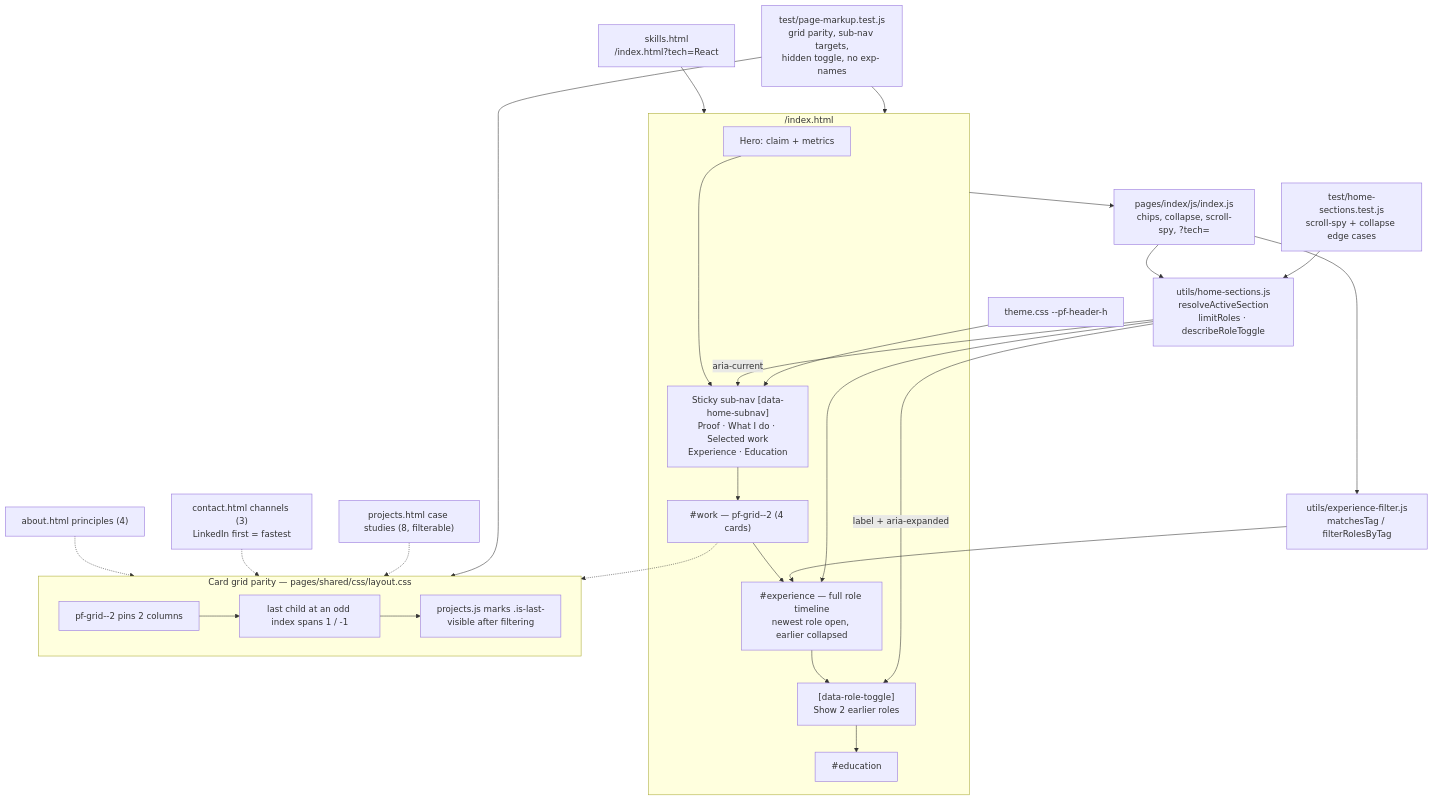
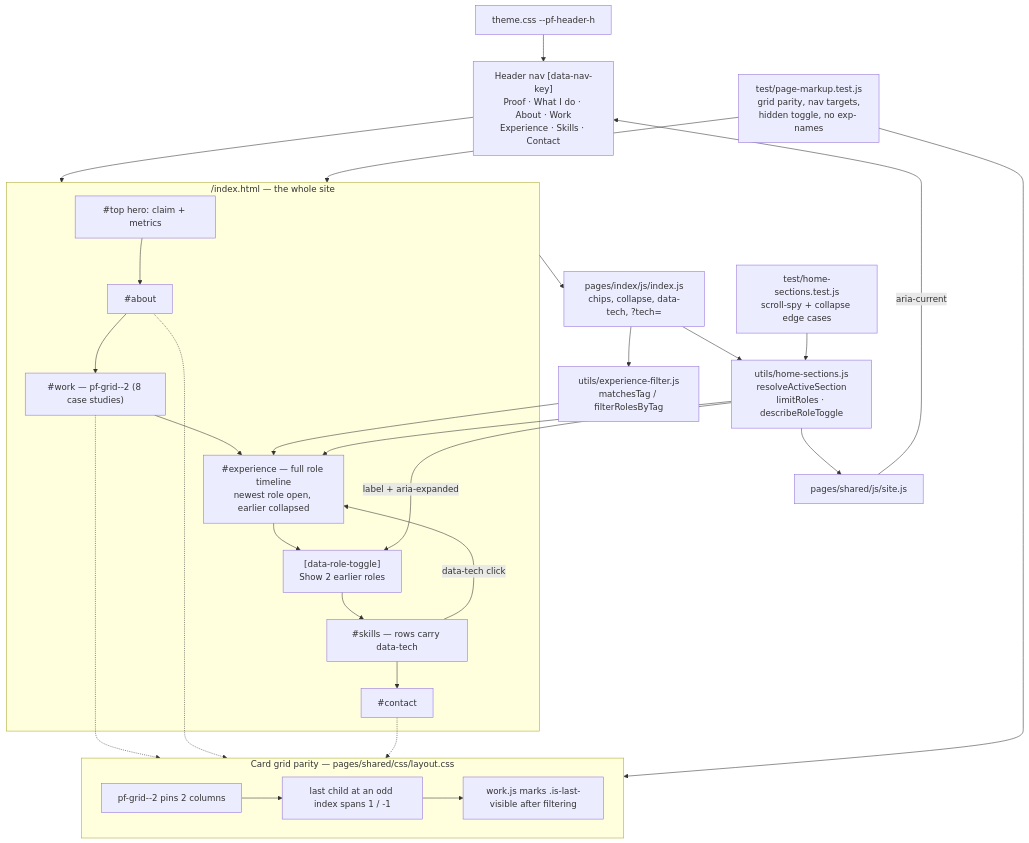
The diagram in diagrams/home-timeline-flow.mmd (Jamieatucker/portfolio), drawn with Mermaid before and after one commit. The commit also changed 10 other files, not shown here.

First line of the commit message:
Document the single-page architecture

```diff
--- a/diagrams/home-timeline-flow.mmd
+++ b/diagrams/home-timeline-flow.mmd
@@ -1,40 +1,43 @@
-%% Home page as the single proof surface: length controls + card-grid parity
+%% The one page as the proof surface: length controls + card-grid parity
 %% Render with: https://mermaid.live or any Mermaid-capable Markdown viewer
 flowchart TD
-    SK["skills.html<br/>/index.html?tech=React"] --> IDX
+    NAV["Header nav [data-nav-key]<br/>Proof · What I do · About · Work<br/>Experience · Skills · Contact"] --> IDX
 
-    subgraph IDX["/index.html"]
-        HERO["Hero: claim + metrics"]
-        SUB["Sticky sub-nav [data-home-subnav]<br/>Proof · What I do · Selected work<br/>Experience · Education"]
-        FEAT["#work — pf-grid--2 (4 cards)"]
+    subgraph IDX["/index.html — the whole site"]
+        HERO["#top hero: claim + metrics"]
+        ABOUT["#about"]
+        FEAT["#work — pf-grid--2 (8 case studies)"]
         TL["#experience — full role timeline<br/>newest role open, earlier collapsed"]
         BTN["[data-role-toggle]<br/>Show 2 earlier roles"]
-        EDU["#education"]
-        HERO --> SUB --> FEAT --> TL --> BTN --> EDU
+        SKILLS["#skills — rows carry data-tech"]
+        CONTACT["#contact"]
+        HERO --> ABOUT --> FEAT --> TL --> BTN --> SKILLS --> CONTACT
     end
 
-    IDX --> JS["pages/index/js/index.js<br/>chips, collapse, scroll-spy, ?tech="]
+    SKILLS -- "data-tech click" --> TL
+
+    IDX --> JS["pages/index/js/index.js<br/>chips, collapse, data-tech, ?tech="]
     JS --> FILT["utils/experience-filter.js<br/>matchesTag / filterRolesByTag"]
     JS --> SECT["utils/home-sections.js<br/>resolveActiveSection<br/>limitRoles · describeRoleToggle"]
     FILT --> TL
     SECT --> TL
-    SECT -- "aria-current" --> SUB
+    SECT --> SITE["pages/shared/js/site.js"]
+    SITE -- "aria-current" --> NAV
     SECT -- "label + aria-expanded" --> BTN
 
-    THEMETOK["theme.css --pf-header-h"] --> SUB
+    THEMETOK["theme.css --pf-header-h"] --> NAV
 
     subgraph GRID["Card grid parity — pages/shared/css/layout.css"]
         G1["pf-grid--2 pins 2 columns"]
         G2["last child at an odd index spans 1 / -1"]
-        G3["projects.js marks .is-last-visible after filtering"]
+        G3["work.js marks .is-last-visible after filtering"]
         G1 --> G2 --> G3
     end
 
     FEAT -.-> GRID
-    ABOUT["about.html principles (4)"] -.-> GRID
-    CONTACT["contact.html channels (3)<br/>LinkedIn first = fastest"] -.-> GRID
-    PROJ["projects.html case studies (8, filterable)"] -.-> GRID
+    ABOUT -.-> GRID
+    CONTACT -.-> GRID
 
     UNIT["test/home-sections.test.js<br/>scroll-spy + collapse edge cases"] --> SECT
-    TEST["test/page-markup.test.js<br/>grid parity, sub-nav targets,<br/>hidden toggle, no exp- names"] --> IDX
+    TEST["test/page-markup.test.js<br/>grid parity, nav targets,<br/>hidden toggle, no exp- names"] --> IDX
     TEST --> GRID
```
